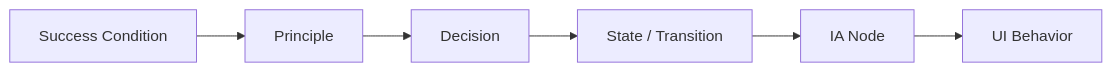
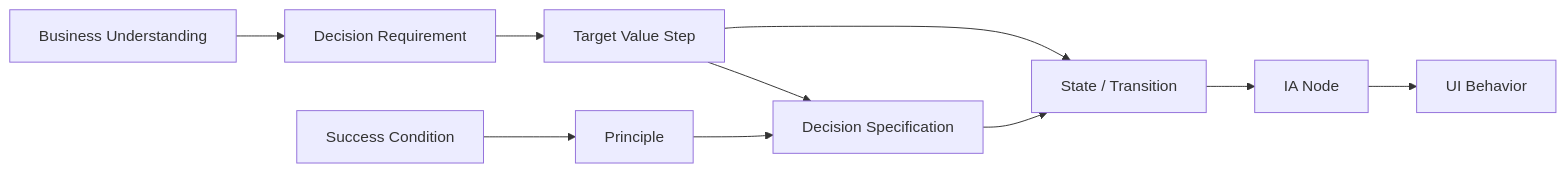
Before and after one commit to lilpacy/dotfiles: the diagram in skills/interaction-design-review-agent/references/traceability.md, drawn with Mermaid. The commit also changed other lines of this file and 25 other files, not shown here.

Commit message:
skills: gate design reviews on business understanding

````diff
--- a/skills/interaction-design-review-agent/references/traceability.md
+++ b/skills/interaction-design-review-agent/references/traceability.md
@@ -5,11 +5,17 @@
 ```mermaid
 flowchart LR
+    BU[Business Understanding]
+    DR[Decision Requirement]
+    VL[Target Value Step]
+    DS[Decision Specification]
     SC[Success Condition]
     P[Principle]
-    D[Decision]
     ST[State / Transition]
     IA[IA Node]
     UI[UI Behavior]
 
-    SC --> P --> D --> ST --> IA --> UI
+    BU --> DR --> VL --> DS
+    SC --> P --> DS
+    VL --> ST
+    DS --> ST --> IA --> UI
 ```
````
